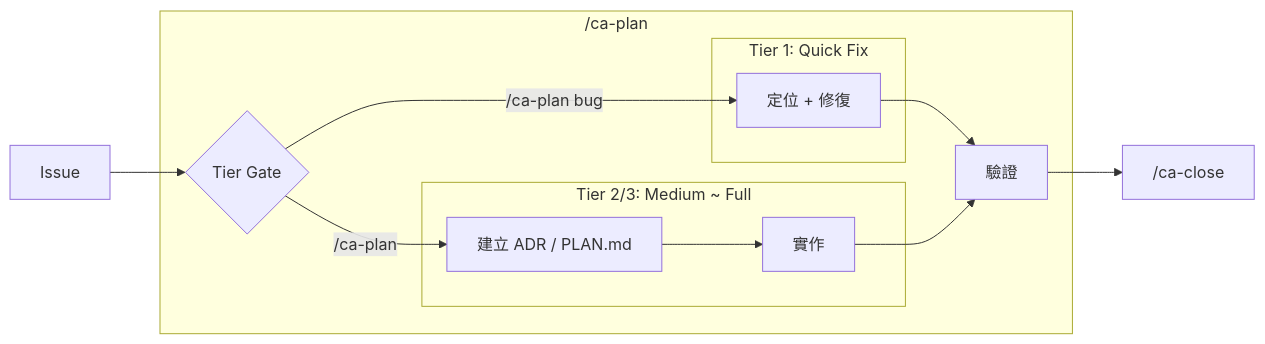
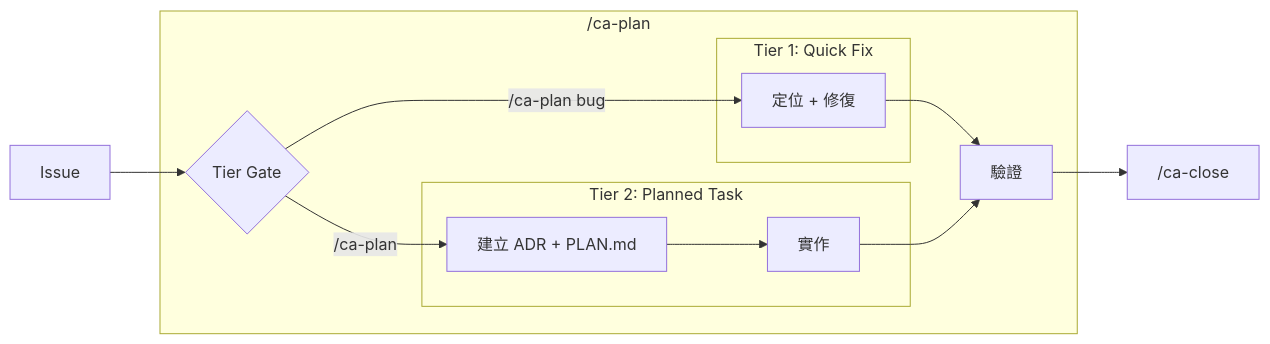
The second of 3 diagrams in README.md (FreddyCro/carto-agent), drawn with Mermaid before and after one commit. The commit also changed other lines of this file and 6 other files, not shown here.

````diff
--- a/README.md
+++ b/README.md
@@ -127,26 +126,26 @@
 ```mermaid
 flowchart LR
     Issue["Issue"]
 
     subgraph CaPlan["/ca-plan"]
         Gate{"Tier Gate"}
 
         subgraph Tier1["Tier 1: Quick Fix"]
             Fix1["定位 + 修復"]
         end
 
-        subgraph Tier23["Tier 2/3: Medium ~ Full"]
-            ADR2["建立 ADR / PLAN.md"]
+        subgraph Tier2["Tier 2: Planned Task"]
+            ADR2["建立 ADR + PLAN.md"]
             Impl["實作"]
         end
 
         Verify["驗證"]
     end
 
     Close["/ca-close"]
 
     Issue --> Gate
     Gate -->|"/ca-plan bug"| Fix1 --> Verify
     Gate -->|"/ca-plan"| ADR2 --> Impl --> Verify
     Verify --> Close
 ```
````
